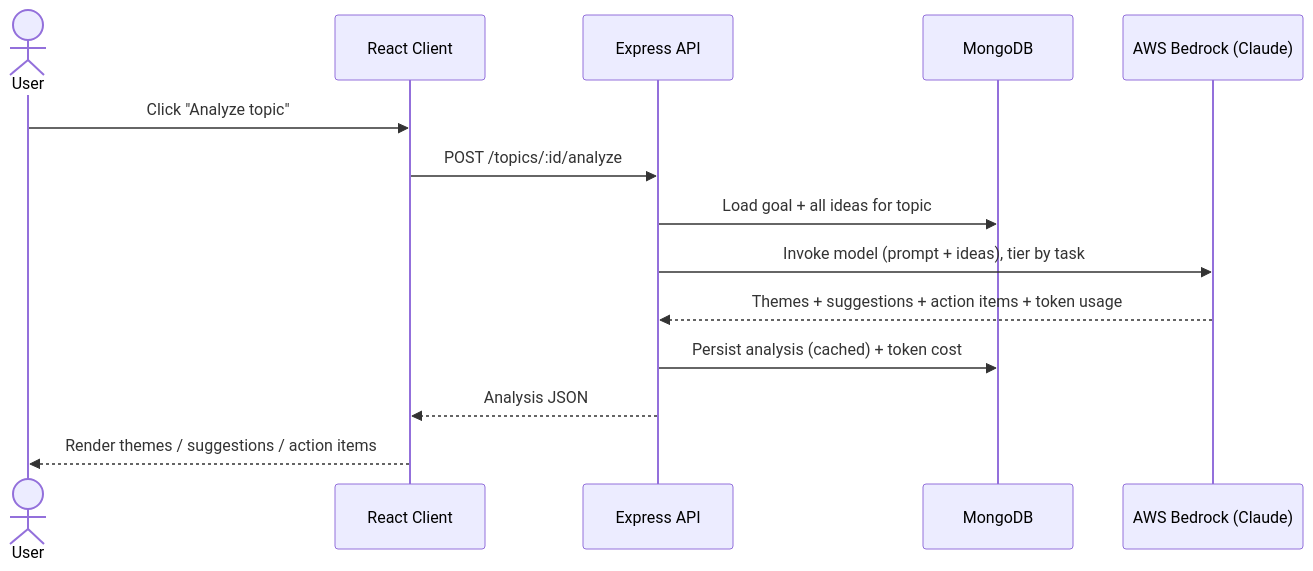
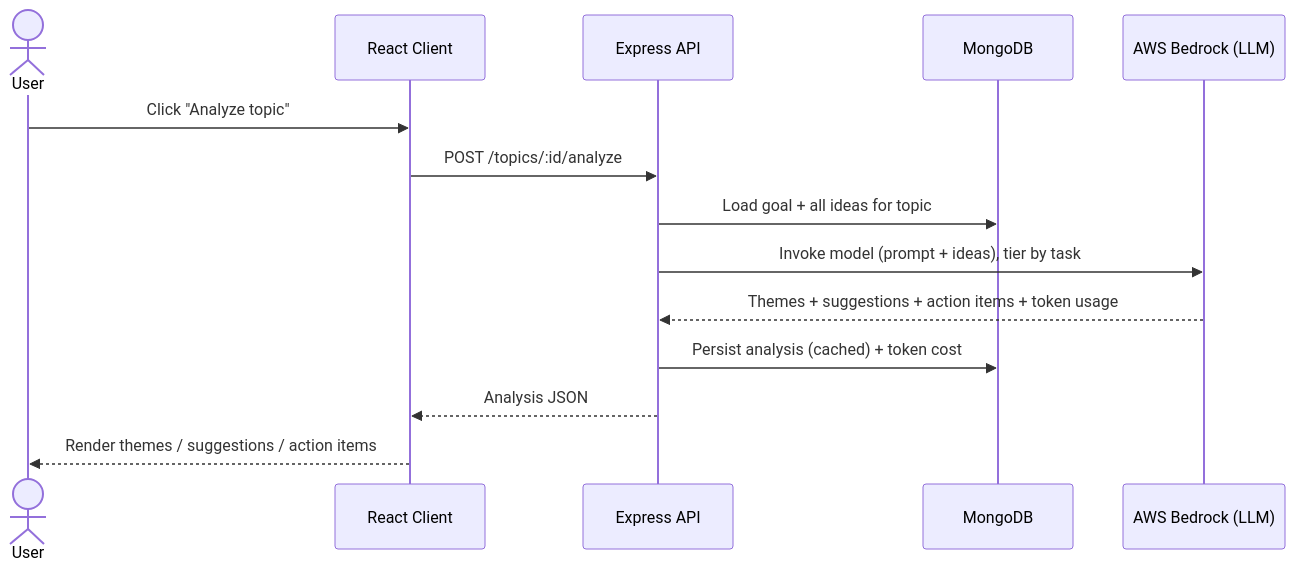
Before and after one commit to bgade06/brainwave: the second of 2 diagrams in ARCHITECTURE.md, drawn with Mermaid. The commit also changed other lines of this file and 5 other files, not shown here.

````diff
--- a/ARCHITECTURE.md
+++ b/ARCHITECTURE.md
@@ -36,17 +36,17 @@
 ```mermaid
 sequenceDiagram
   actor U as User
   participant C as React Client
   participant A as Express API
   participant M as MongoDB
-  participant B as AWS Bedrock (Claude)
+  participant B as AWS Bedrock (LLM)
 
   U->>C: Click "Analyze topic"
   C->>A: POST /topics/:id/analyze
   A->>M: Load goal + all ideas for topic
   A->>B: Invoke model (prompt + ideas), tier by task
   B-->>A: Themes + suggestions + action items + token usage
   A->>M: Persist analysis (cached) + token cost
   A-->>C: Analysis JSON
   C-->>U: Render themes / suggestions / action items
 ```
````
